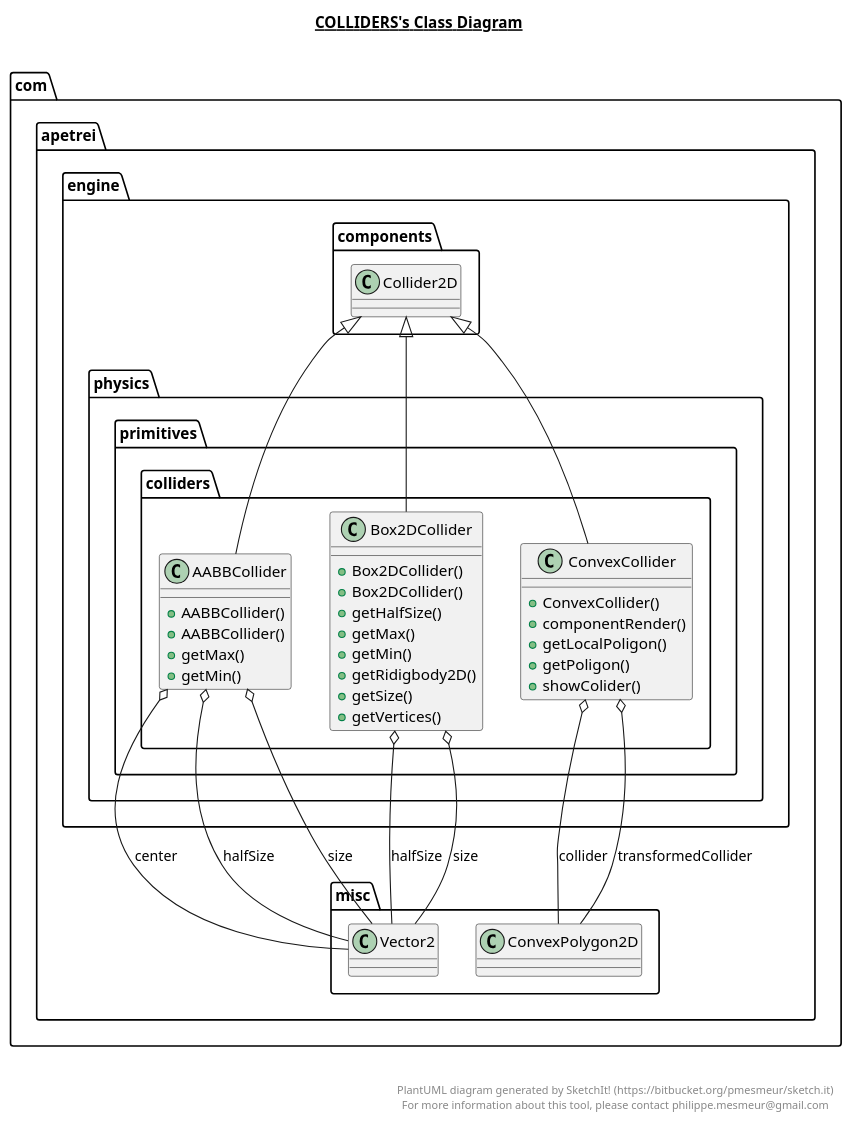
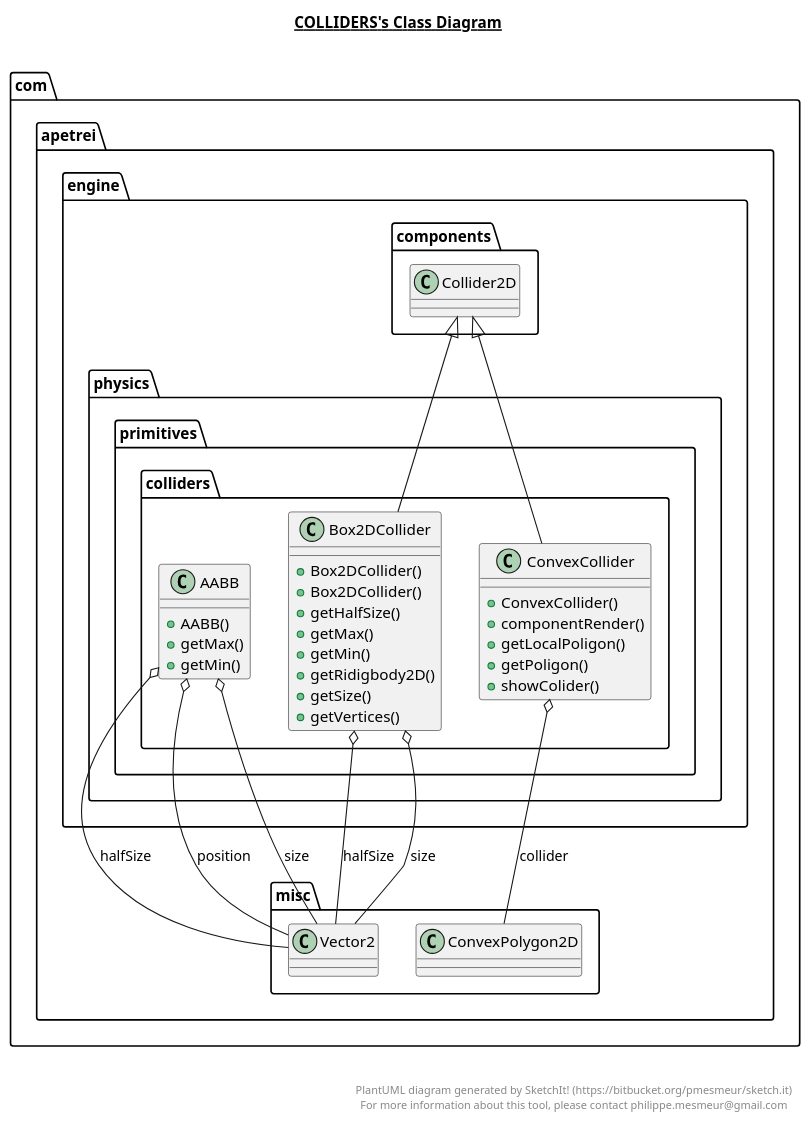
One commit to TheWiseWolfy/Wild-Sky changed the diagram in out/production/Skewed Engine/com/apetrei/engine/physics/primitives/colliders/colliders.plantuml. Above: the diagram before and after it, drawn with PlantUML. The commit also changed 58 other files, not shown here.

```diff
--- a/out/production/Skewed Engine/com/apetrei/engine/physics/primitives/colliders/colliders.plantuml
+++ b/out/production/Skewed Engine/com/apetrei/engine/physics/primitives/colliders/colliders.plantuml
@@ -1,77 +1,74 @@
 @startuml
 
 title __COLLIDERS's Class Diagram__\n
 
   namespace com.apetrei.engine {
     namespace physics {
       namespace primitives {
         namespace colliders {
-          class com.apetrei.engine.physics.primitives.colliders.AABBCollider {
-              + AABBCollider()
-              + AABBCollider()
+          class com.apetrei.engine.physics.primitives.colliders.AABB {
+              + AABB()
               + getMax()
               + getMin()
           }
         }
       }
     }
   }
   
 
   namespace com.apetrei.engine {
     namespace physics {
       namespace primitives {
         namespace colliders {
           class com.apetrei.engine.physics.primitives.colliders.Box2DCollider {
               + Box2DCollider()
               + Box2DCollider()
               + getHalfSize()
               + getMax()
               + getMin()
               + getRidigbody2D()
               + getSize()
               + getVertices()
           }
         }
       }
     }
   }
   
 
   namespace com.apetrei.engine {
     namespace physics {
       namespace primitives {
         namespace colliders {
           class com.apetrei.engine.physics.primitives.colliders.ConvexCollider {
               + ConvexCollider()
               + componentRender()
               + getLocalPoligon()
               + getPoligon()
               + showColider()
           }
         }
       }
     }
   }
   
 
-  com.apetrei.engine.physics.primitives.colliders.AABBCollider -up-|> com.apetrei.engine.components.Collider2D
-  com.apetrei.engine.physics.primitives.colliders.AABBCollider o-- com.apetrei.misc.Vector2 : center
-  com.apetrei.engine.physics.primitives.colliders.AABBCollider o-- com.apetrei.misc.Vector2 : halfSize
-  com.apetrei.engine.physics.primitives.colliders.AABBCollider o-- com.apetrei.misc.Vector2 : size
+  com.apetrei.engine.physics.primitives.colliders.AABB o-- com.apetrei.misc.Vector2 : halfSize
+  com.apetrei.engine.physics.primitives.colliders.AABB o-- com.apetrei.misc.Vector2 : position
+  com.apetrei.engine.physics.primitives.colliders.AABB o-- com.apetrei.misc.Vector2 : size
   com.apetrei.engine.physics.primitives.colliders.Box2DCollider -up-|> com.apetrei.engine.components.Collider2D
   com.apetrei.engine.physics.primitives.colliders.Box2DCollider o-- com.apetrei.misc.Vector2 : halfSize
   com.apetrei.engine.physics.primitives.colliders.Box2DCollider o-- com.apetrei.misc.Vector2 : size
   com.apetrei.engine.physics.primitives.colliders.ConvexCollider -up-|> com.apetrei.engine.components.Collider2D
   com.apetrei.engine.physics.primitives.colliders.ConvexCollider o-- com.apetrei.misc.ConvexPolygon2D : collider
-  com.apetrei.engine.physics.primitives.colliders.ConvexCollider o-- com.apetrei.misc.ConvexPolygon2D : transformedCollider
 
 
 right footer
 
 
 PlantUML diagram generated by SketchIt! (https://bitbucket.org/pmesmeur/sketch.it)
 For more information about this tool, please contact philippe.mesmeur@gmail.com
 endfooter
 
 @enduml
```
